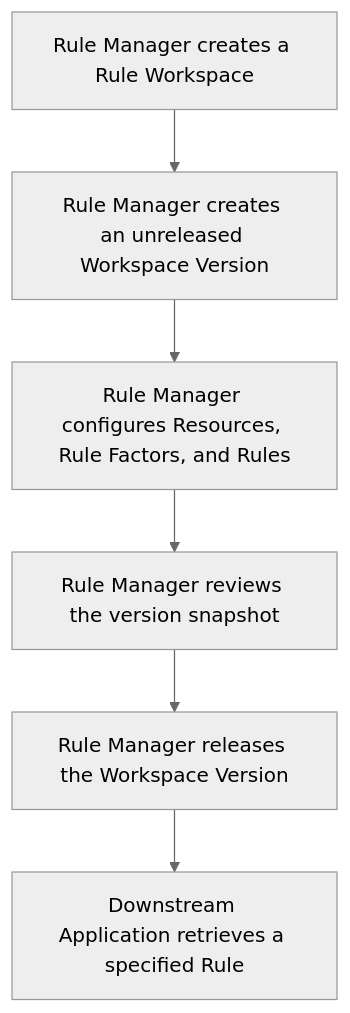
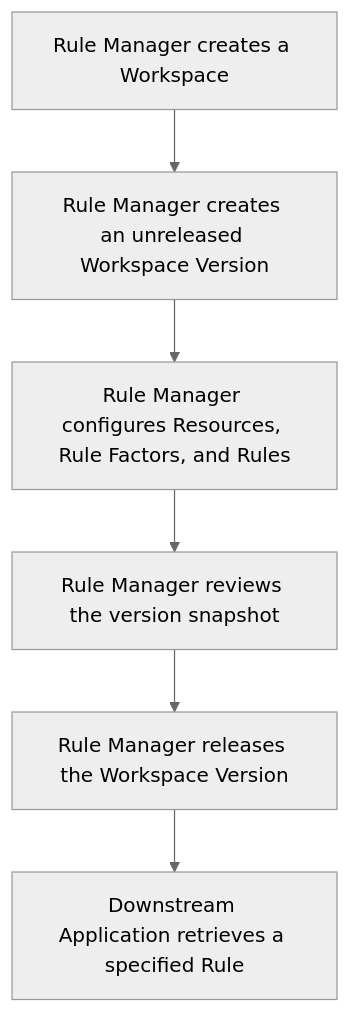
One commit to huang-xiao-jian/themis changed the first of 2 diagrams in specs/copernicus/requirement.md. Above: the diagram before and after it, drawn with Mermaid (neutral theme). The commit also changed other lines of this file and 31 other files, not shown here.

````diff
--- a/specs/copernicus/requirement.md
+++ b/specs/copernicus/requirement.md
@@ -80,15 +80,15 @@
 ```mermaid
 flowchart TD
-    createWorkspace[Rule Manager creates a Rule Workspace]
+    createWorkspace[Rule Manager creates a Workspace]
     createFirstDraft[Rule Manager creates an unreleased Workspace Version]
     configureFirstDraft[Rule Manager configures Resources, Rule Factors, and Rules]
     reviewFirstDraft[Rule Manager reviews the version snapshot]
     releaseFirstDraft[Rule Manager releases the Workspace Version]
     retrieveRule[Downstream Application retrieves a specified Rule]
 
     createWorkspace --> createFirstDraft
     createFirstDraft --> configureFirstDraft
     configureFirstDraft --> reviewFirstDraft
     reviewFirstDraft --> releaseFirstDraft
     releaseFirstDraft --> retrieveRule
 ```
````
